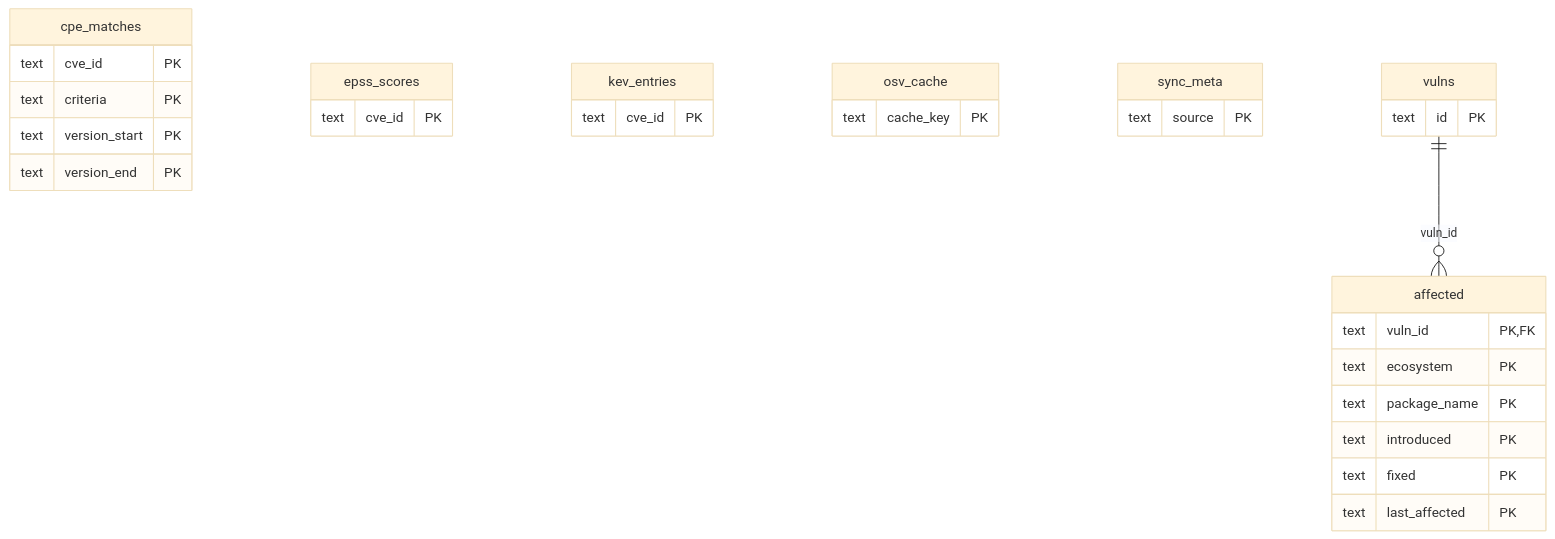
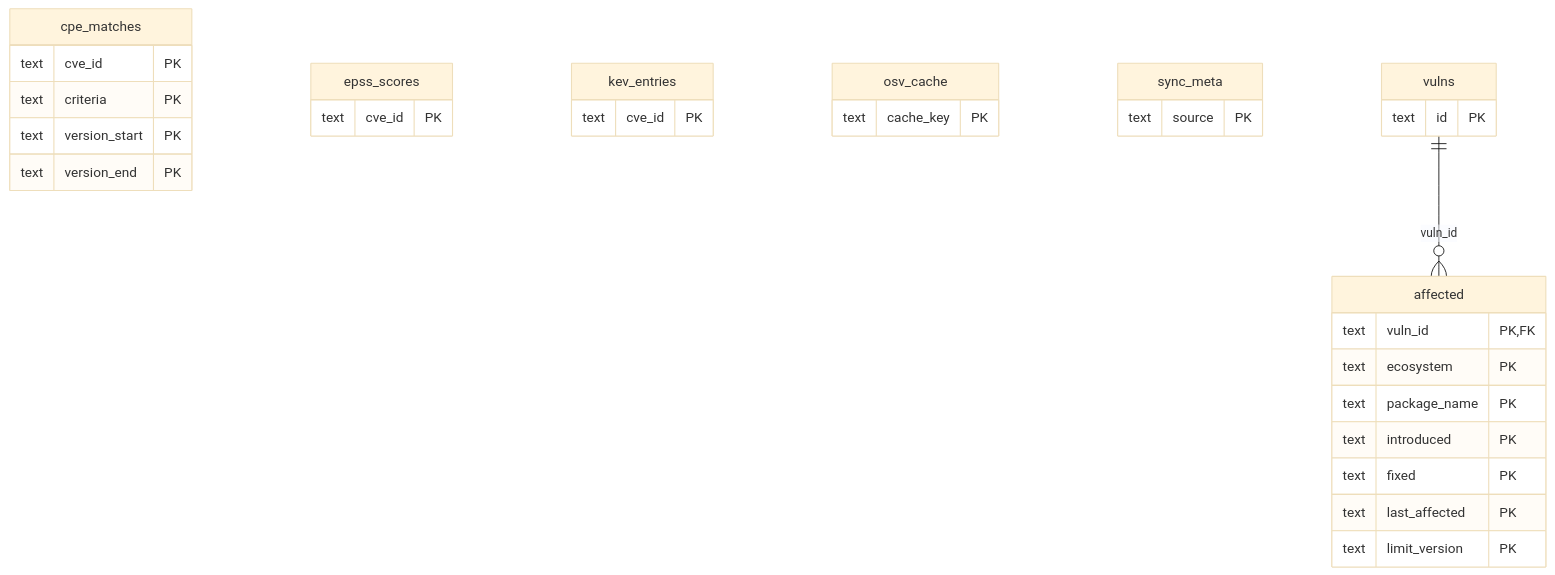
One commit to koda-ai-studio/agent-bom changed the diagram in docs/graph/data-model/storage-erd/vulndb.md. Above: the diagram before and after it, drawn with Mermaid (base theme). The commit also changed other lines of this file and 23 other files, not shown here.

````diff
--- a/docs/graph/data-model/storage-erd/vulndb.md
+++ b/docs/graph/data-model/storage-erd/vulndb.md
@@ -10,33 +10,34 @@
 ```mermaid
 erDiagram
   affected {
     text vuln_id PK, FK
     text ecosystem PK
     text package_name PK
     text introduced PK
     text fixed PK
     text last_affected PK
+    text limit_version PK
   }
   cpe_matches {
     text cve_id PK
     text criteria PK
     text version_start PK
     text version_end PK
   }
   epss_scores {
     text cve_id PK
   }
   kev_entries {
     text cve_id PK
   }
   osv_cache {
     text cache_key PK
   }
   sync_meta {
     text source PK
   }
   vulns {
     text id PK
   }
   vulns ||--o{ affected : "vuln_id"
 ```
````
